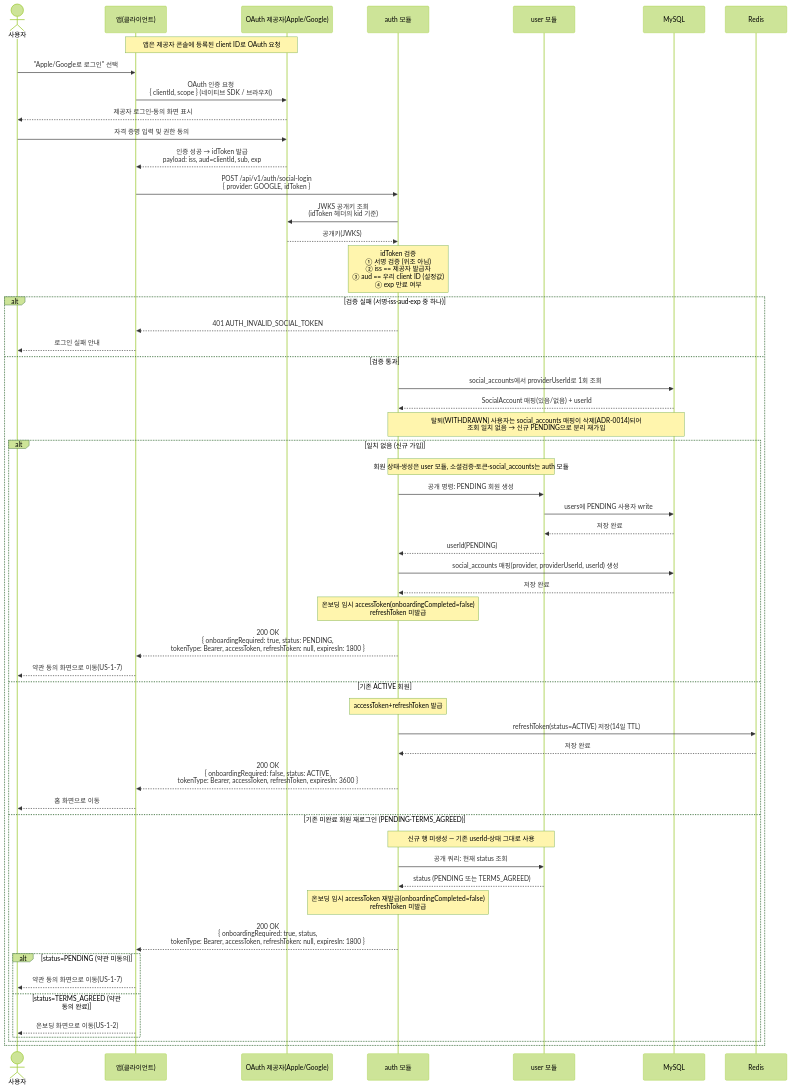
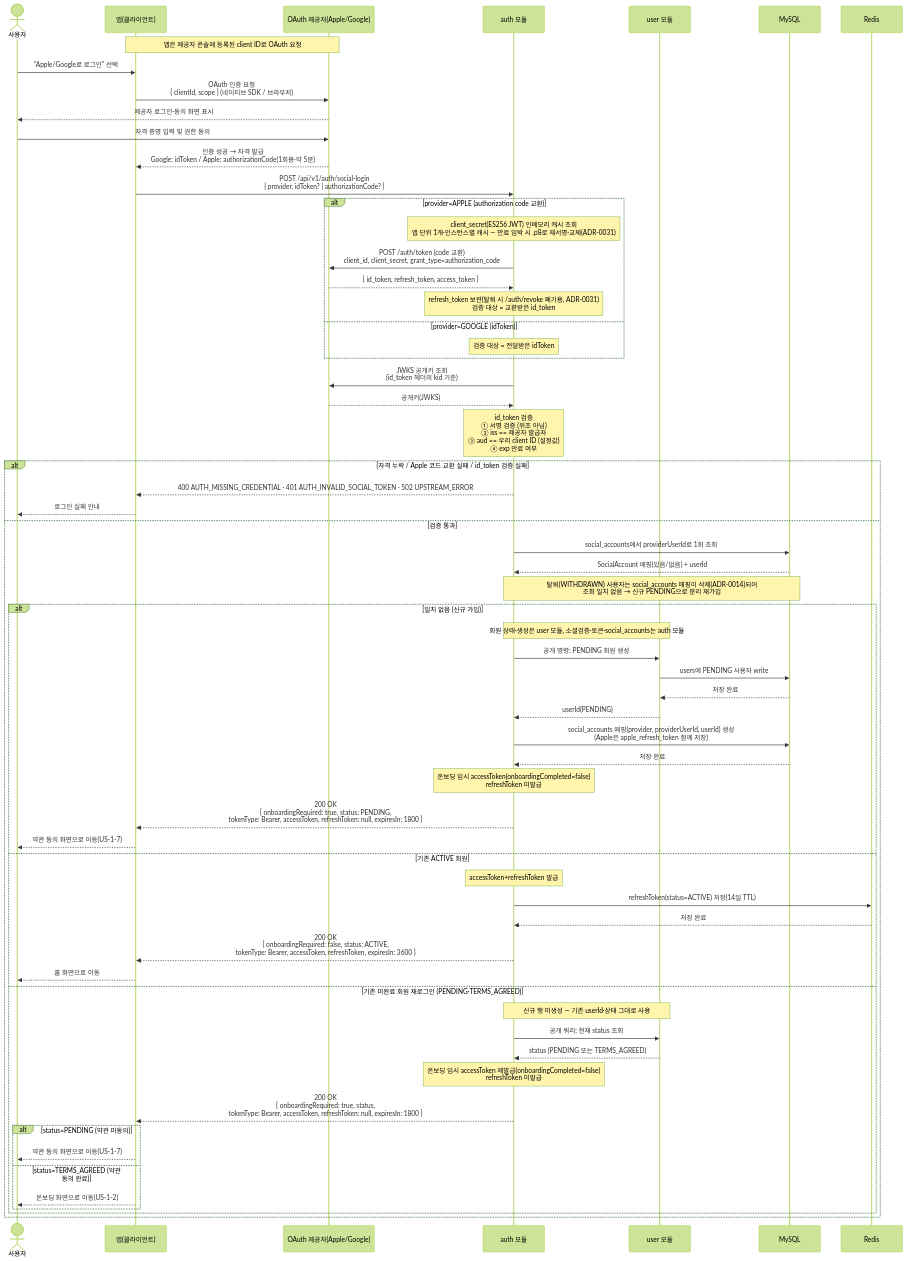
One commit to jameskim9509/Kohere-backend changed the diagram in docs/architecture/sequence-diagrams/01-auth-onboarding/us-1-1-social-login.md. Above: the diagram before and after it, drawn with Mermaid (forest theme). The commit also changed other lines of this file and 54 other files, not shown here.

First line of the commit message:
feat(auth): Apple 로그인 인가코드 방식 구현 (탈퇴 시 토큰 폐기) (#63)

````diff
--- a/docs/architecture/sequence-diagrams/01-auth-onboarding/us-1-1-social-login.md
+++ b/docs/architecture/sequence-diagrams/01-auth-onboarding/us-1-1-social-login.md
@@ -7,58 +7,66 @@
 ```mermaid
 sequenceDiagram
     actor U as 사용자
     participant C as 앱(클라이언트)
     participant P as OAuth 제공자(Apple/Google)
     participant S as auth 모듈
     participant USER as user 모듈
     participant SQL as MySQL
     participant RDS as Redis
 
     Note over C,P: 앱은 제공자 콘솔에 등록된 client ID로 OAuth 요청
     U->>C: "Apple/Google로 로그인" 선택
     C->>P: OAuth 인증 요청<br/>{ clientId, scope } (네이티브 SDK / 브라우저)
     P-->>U: 제공자 로그인·동의 화면 표시
     U->>P: 자격 증명 입력 및 권한 동의
-    P-->>C: 인증 성공 → idToken 발급<br/>payload: iss, aud=clientId, sub, exp
-    C->>S: POST /api/v1/auth/social-login<br/>{ provider: GOOGLE, idToken }
-    S->>P: JWKS 공개키 조회<br/>(idToken 헤더의 kid 기준)
+    P-->>C: 인증 성공 → 자격 발급<br/>Google: idToken / Apple: authorizationCode(1회용·약 5분)
+    C->>S: POST /api/v1/auth/social-login<br/>{ provider, idToken? | authorizationCode? }
+    alt provider=APPLE (authorization code 교환)
+        Note over S: client_secret(ES256 JWT) 인메모리 캐시 조회<br/>앱 단위 1개·인스턴스별 캐시 — 만료 임박 시 .p8로 재서명·교체(ADR-0031)
+        S->>P: POST /auth/token (code 교환)<br/>client_id, client_secret, grant_type=authorization_code
+        P-->>S: { id_token, refresh_token, access_token }
+        Note over S: refresh_token 보관(탈퇴 시 /auth/revoke 폐기용, ADR-0031)<br/>검증 대상 = 교환받은 id_token
+    else provider=GOOGLE (idToken)
+        Note over S: 검증 대상 = 전달받은 idToken
+    end
+    S->>P: JWKS 공개키 조회<br/>(id_token 헤더의 kid 기준)
     P-->>S: 공개키(JWKS)
-    Note over S: idToken 검증<br/>① 서명 검증 (위조 아님)<br/>② iss == 제공자 발급자<br/>③ aud == 우리 client ID (설정값)<br/>④ exp 만료 여부
-    alt 검증 실패 (서명·iss·aud·exp 중 하나)
-        S-->>C: 401 AUTH_INVALID_SOCIAL_TOKEN
+    Note over S: id_token 검증<br/>① 서명 검증 (위조 아님)<br/>② iss == 제공자 발급자<br/>③ aud == 우리 client ID (설정값)<br/>④ exp 만료 여부
+    alt 자격 누락 / Apple 코드 교환 실패 / id_token 검증 실패
+        S-->>C: 400 AUTH_MISSING_CREDENTIAL · 401 AUTH_INVALID_SOCIAL_TOKEN · 502 UPSTREAM_ERROR
         C-->>U: 로그인 실패 안내
     else 검증 통과
         S->>SQL: social_accounts에서 providerUserId로 1회 조회
         SQL-->>S: SocialAccount 매핑(있음/없음) + userId
         Note over S,SQL: 탈퇴(WITHDRAWN) 사용자는 social_accounts 매핑이 삭제(ADR-0014)되어<br/>조회 일치 없음 → 신규 PENDING으로 분리 재가입
         alt 일치 없음 (신규 가입)
             Note over S,USER: 회원 상태·생성은 user 모듈, 소셜검증·토큰·social_accounts는 auth 모듈
             S->>USER: 공개 명령: PENDING 회원 생성
             USER->>SQL: users에 PENDING 사용자 write
             SQL-->>USER: 저장 완료
             USER-->>S: userId(PENDING)
-            S->>SQL: social_accounts 매핑(provider, providerUserId, userId) 생성
+            S->>SQL: social_accounts 매핑(provider, providerUserId, userId) 생성<br/>(Apple은 apple_refresh_token 함께 저장)
             SQL-->>S: 저장 완료
             Note over S: 온보딩 임시 accessToken(onboardingCompleted=false)<br/>refreshToken 미발급
             S-->>C: 200 OK<br/>{ onboardingRequired: true, status: PENDING,<br/>tokenType: Bearer, accessToken, refreshToken: null, expiresIn: 1800 }
             C-->>U: 약관 동의 화면으로 이동(US-1-7)
         else 기존 ACTIVE 회원
             Note over S: accessToken+refreshToken 발급
             S->>RDS: refreshToken(status=ACTIVE) 저장(14일 TTL)
             RDS-->>S: 저장 완료
             S-->>C: 200 OK<br/>{ onboardingRequired: false, status: ACTIVE,<br/>tokenType: Bearer, accessToken, refreshToken, expiresIn: 3600 }
             C-->>U: 홈 화면으로 이동
         else 기존 미완료 회원 재로그인 (PENDING·TERMS_AGREED)
             Note over S,USER: 신규 행 미생성 — 기존 userId·상태 그대로 사용
             S->>USER: 공개 쿼리: 현재 status 조회
             USER-->>S: status (PENDING 또는 TERMS_AGREED)
             Note over S: 온보딩 임시 accessToken 재발급(onboardingCompleted=false)<br/>refreshToken 미발급
             S-->>C: 200 OK<br/>{ onboardingRequired: true, status,<br/>tokenType: Bearer, accessToken, refreshToken: null, expiresIn: 1800 }
             alt status=PENDING (약관 미동의)
                 C-->>U: 약관 동의 화면으로 이동(US-1-7)
             else status=TERMS_AGREED (약관 동의 완료)
                 C-->>U: 온보딩 화면으로 이동(US-1-2)
             end
         end
     end
 ```
````
